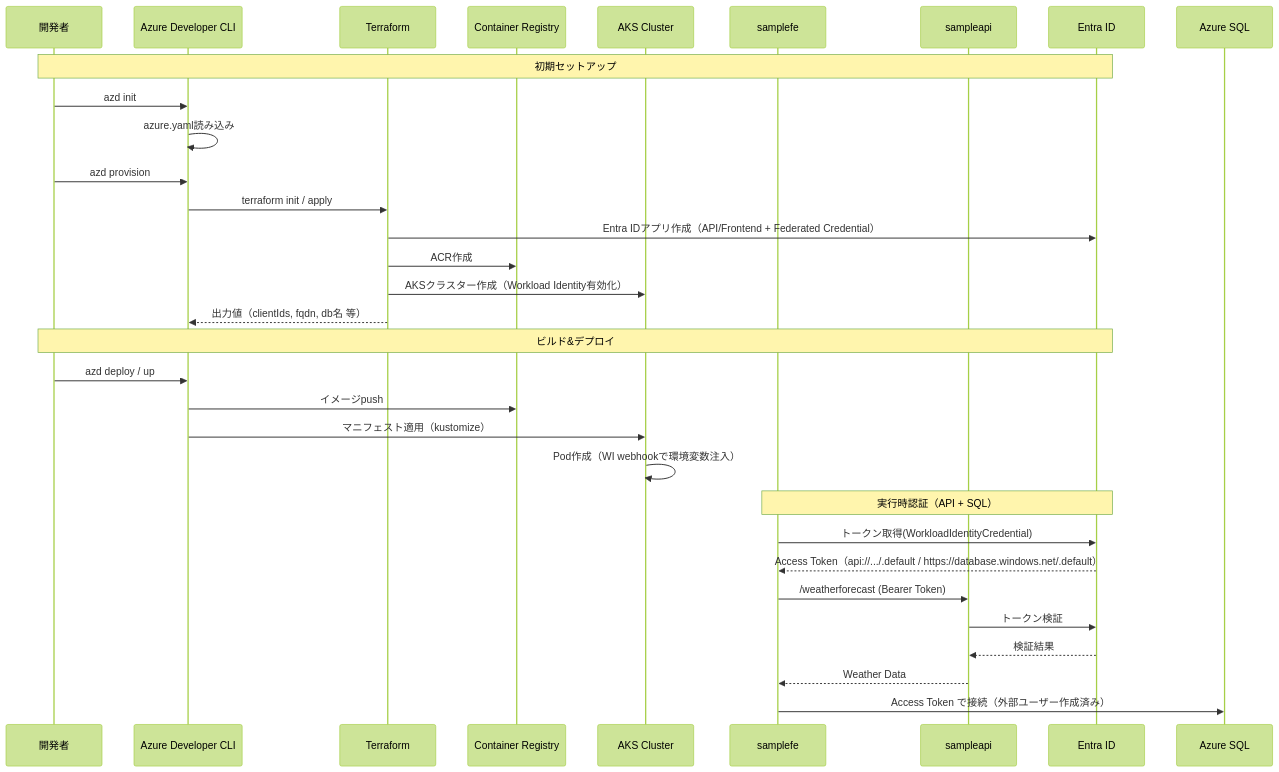
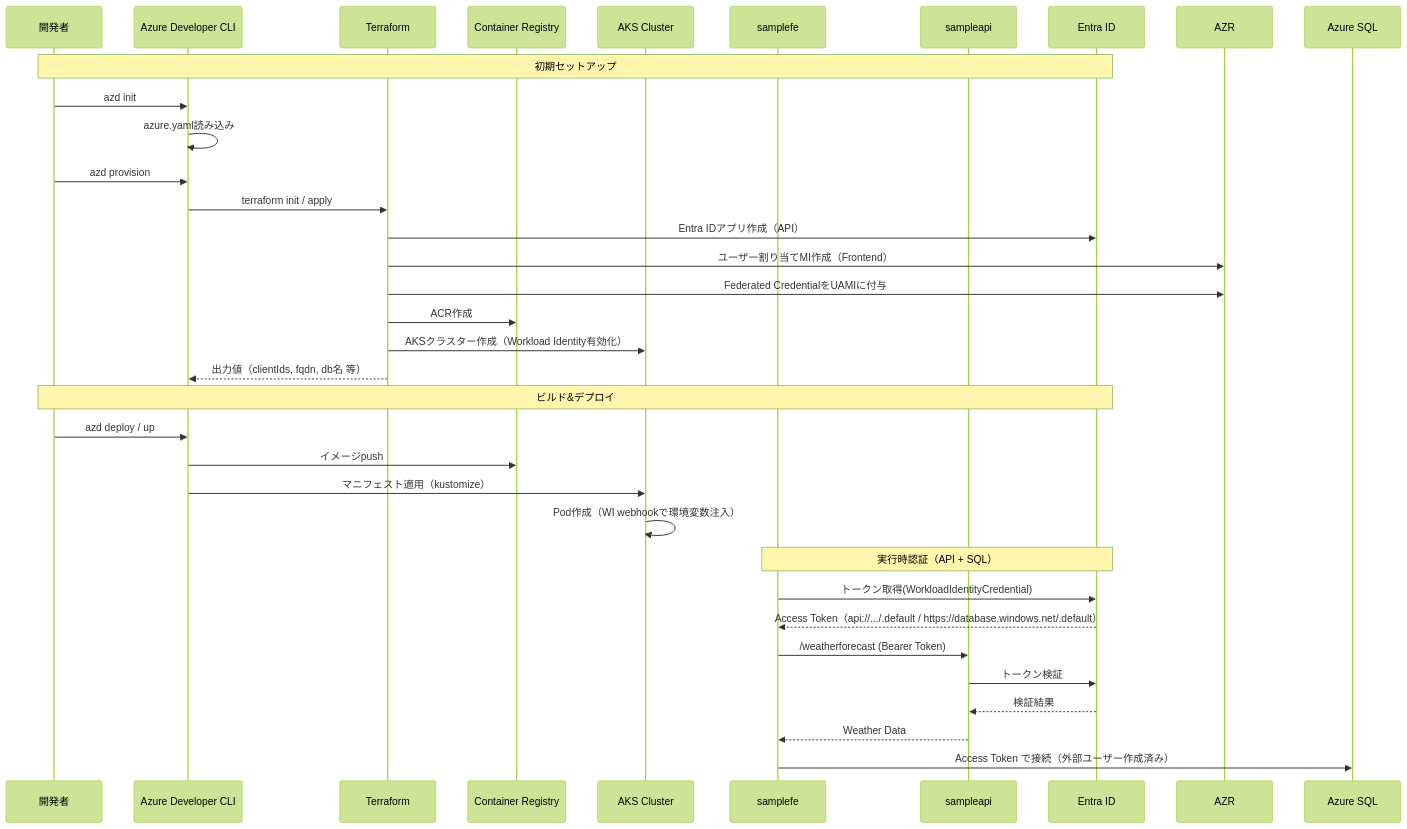
One commit to torumakabe/wi-sample changed the second of 2 diagrams in README.md. Above: the diagram before and after it, drawn with Mermaid (forest theme). The commit also changed other lines of this file and 8 other files, not shown here.

````diff
--- a/README.md
+++ b/README.md
@@ -175,37 +179,39 @@
 ```mermaid
 sequenceDiagram
     participant Dev as 開発者
     participant AZD as Azure Developer CLI
     participant TF as Terraform
     participant ACR as Container Registry
     participant AKS as AKS Cluster
     participant FE as samplefe
     participant API as sampleapi
     participant AAD as Entra ID
 
     Note over Dev,AAD: 初期セットアップ
     Dev->>AZD: azd init
     AZD->>AZD: azure.yaml読み込み
     
     Dev->>AZD: azd provision
     AZD->>TF: terraform init / apply
-    TF->>AAD: Entra IDアプリ作成（API/Frontend + Federated Credential）
+    TF->>AAD: Entra IDアプリ作成（API）
+    TF->>AZR: ユーザー割り当てMI作成（Frontend）
+    TF->>AZR: Federated CredentialをUAMIに付与
     TF->>ACR: ACR作成
     TF->>AKS: AKSクラスター作成（Workload Identity有効化）
     TF-->>AZD: 出力値（clientIds, fqdn, db名 等）
     
     Note over Dev,AAD: ビルド&デプロイ
     Dev->>AZD: azd deploy / up
     AZD->>ACR: イメージpush
     AZD->>AKS: マニフェスト適用（kustomize）
     AKS->>AKS: Pod作成（WI webhookで環境変数注入）
     
     Note over FE,AAD: 実行時認証（API + SQL）
     FE->>AAD: トークン取得(WorkloadIdentityCredential)
     AAD-->>FE: Access Token（api://.../.default / https://database.windows.net/.default）
     FE->>API: /weatherforecast (Bearer Token)
     API->>AAD: トークン検証
     AAD-->>API: 検証結果
     API-->>FE: Weather Data
     FE->>Azure SQL: Access Token で接続（外部ユーザー作成済み）
 ```
````
